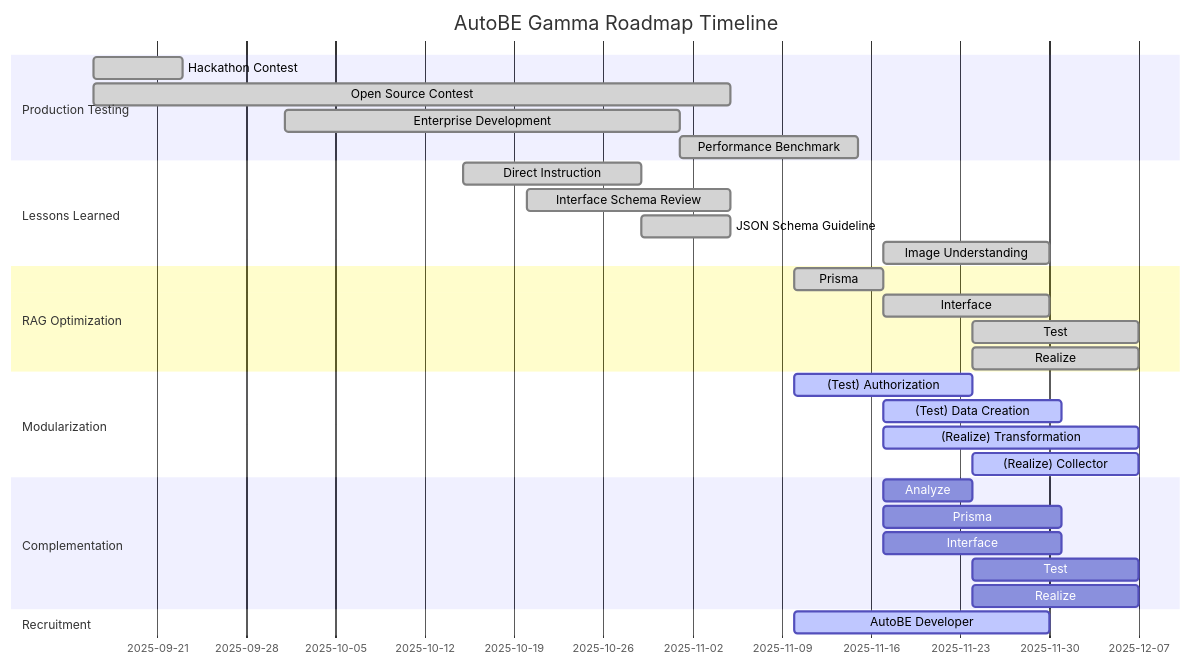
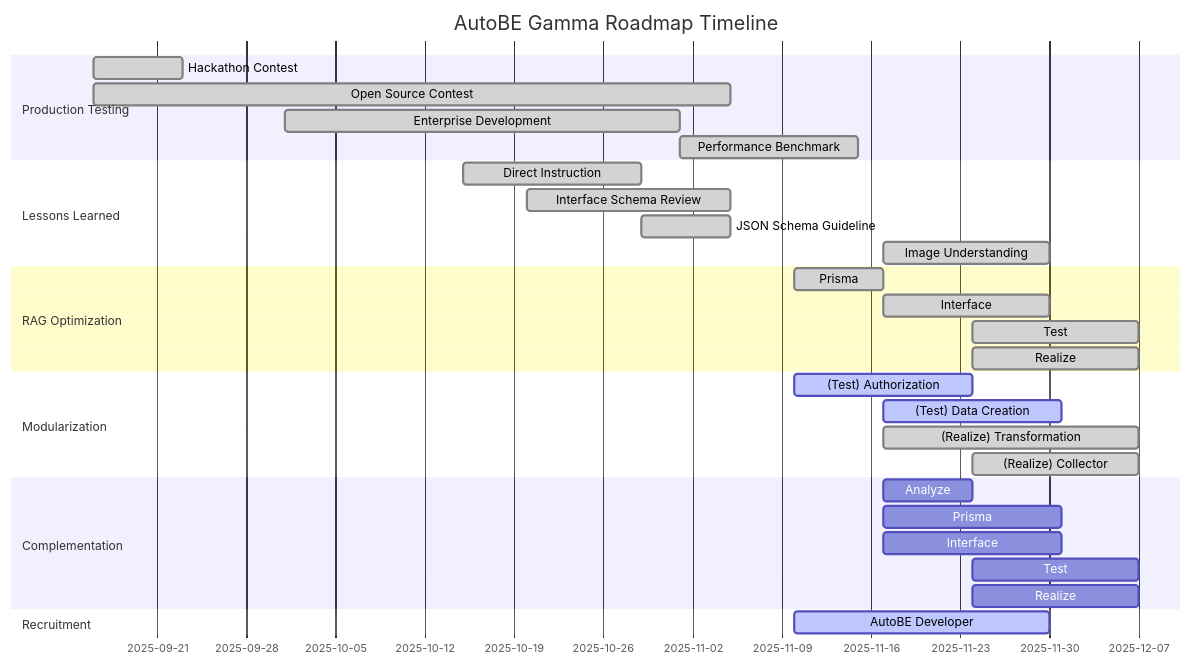
Before and after one commit to RavenView-ai/autobe: the second of 2 diagrams in README.md, drawn with Mermaid. The commit also changed other lines of this file, not shown here.

Commit message:
Update roadmap and task statuses in README.md

````diff
--- a/README.md
+++ b/README.md
@@ -175,39 +175,39 @@
 ```mermaid
 gantt
   dateFormat YYYY-MM-DD
   title AutoBE Gamma Roadmap Timeline
 
   section Production Testing
   Hackathon Contest     : done, 2025-09-16,  7d
   Open Source Contest   : done, 2025-09-16, 50d
   Enterprise Development: done, 2025-10-01, 31d
   Performance Benchmark : done, 2025-11-01, 14d
   
   section Lessons Learned
   Direct Instruction     : done, 2025-10-15, 14d
   Interface Schema Review: done, 2025-10-20, 16d
   JSON Schema Guideline  : done, 2025-10-29,  7d
   Image Understanding    : done, 2025-11-17, 13d
 
   section RAG Optimization
   Prisma   : done, 2025-11-10,  7d
   Interface: done, 2025-11-17, 13d
   Test     : done, 2025-11-24, 13d
   Realize  : done, 2025-11-24, 13d
 
   section Modularization
   (Test) Authorization    : active, 2025-11-10, 14d
   (Test) Data Creation    : active, 2025-11-17, 14d
-  (Realize) Transformation: active, 2025-11-17, 20d
-  (Realize) Collector     : active, 2025-11-24, 13d
+  (Realize) Transformation: done,   2025-11-17, 20d
+  (Realize) Collector     : done, 2025-11-24, 13d
 
   section Complementation
   Analyze  : planned, 2025-11-17,  7d
   Prisma   : planned, 2025-11-17, 14d
   Interface: planned, 2025-11-17, 14d
   Test     : planned, 2025-11-24, 13d
   Realize  : planned, 2025-11-24, 13d
 
   section Recruitment
   AutoBE Developer: active, 2025-11-10, 20d
 ```
````
